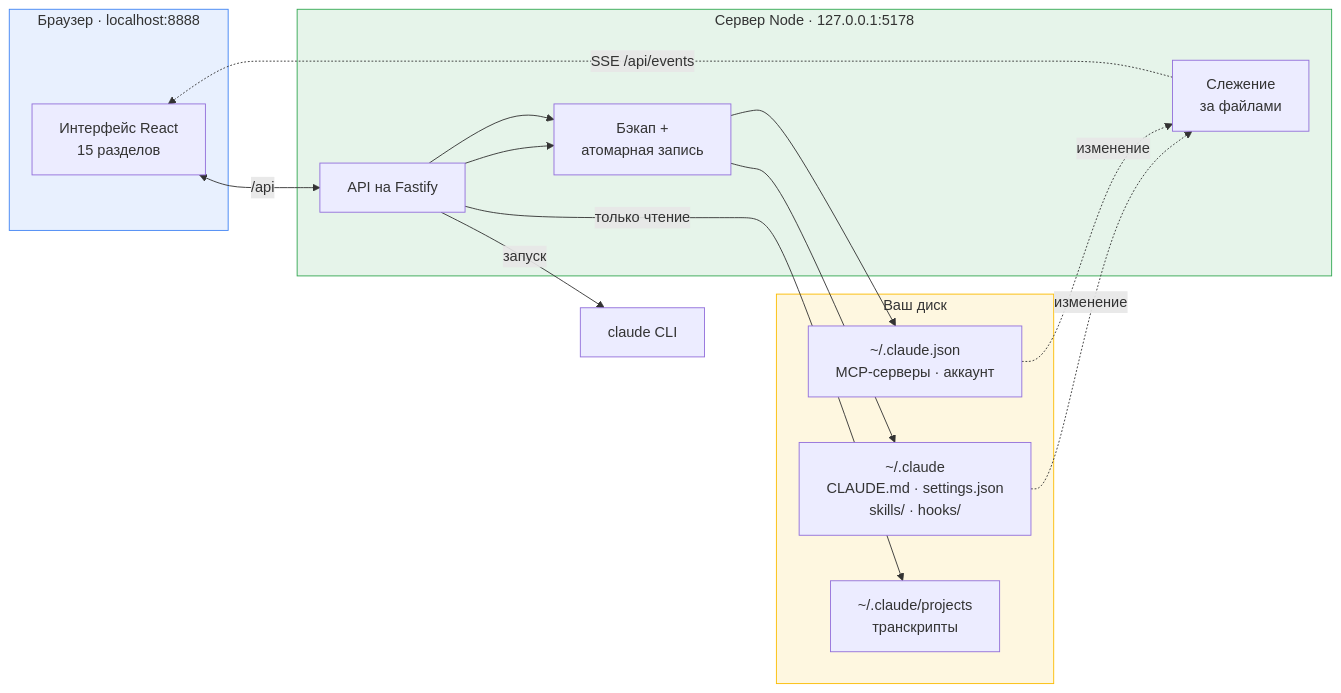
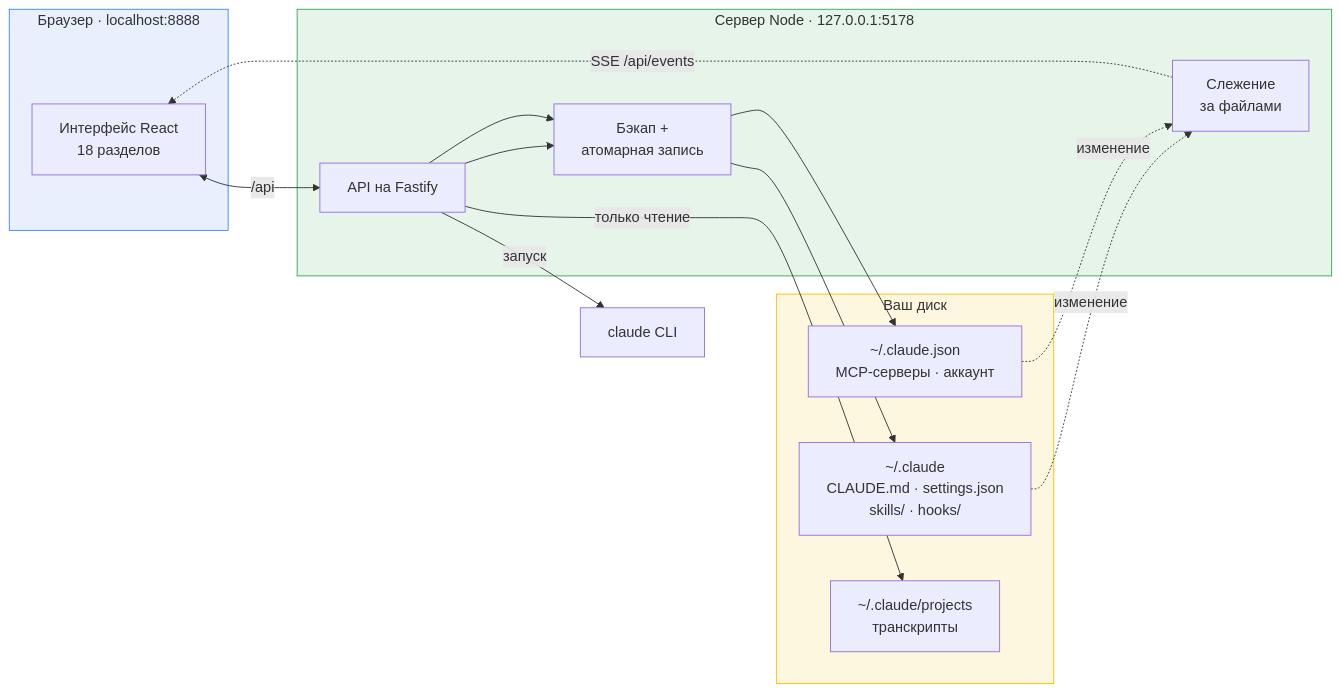
Before and after one commit to rusyander/claude-control: the first of 3 diagrams in README.ru.md, drawn with Mermaid. The commit also changed other lines of this file and 228 other files, not shown here.

````diff
--- a/README.ru.md
+++ b/README.ru.md
@@ -91,33 +96,33 @@
 ```mermaid
 flowchart LR
     subgraph browser["Браузер · localhost:8888"]
-        UI["Интерфейс React<br/>15 разделов"]
+        UI["Интерфейс React<br/>18 разделов"]
     end
 
     subgraph server["Сервер Node · 127.0.0.1:5178"]
         API["API на Fastify"]
         WATCH["Слежение<br/>за файлами"]
         SAFE["Бэкап +<br/>атомарная запись"]
     end
 
     subgraph disk["Ваш диск"]
         CFG["~/.claude<br/>CLAUDE.md · settings.json<br/>skills/ · hooks/"]
         MCP["~/.claude.json<br/>MCP-серверы · аккаунт"]
         TR["~/.claude/projects<br/>транскрипты"]
     end
 
     CLI["claude CLI"]
 
     UI <-->|"/api"| API
     API --> SAFE --> CFG
     API --> SAFE --> MCP
     API -->|только чтение| TR
     API -->|запуск| CLI
     CFG -.->|изменение| WATCH
     MCP -.->|изменение| WATCH
     WATCH -.->|"SSE /api/events"| UI
 
     style browser fill:#e8f0fe,stroke:#4285f4
     style server fill:#e6f4ea,stroke:#34a853
     style disk fill:#fef7e0,stroke:#fbbc04
 ```
````
